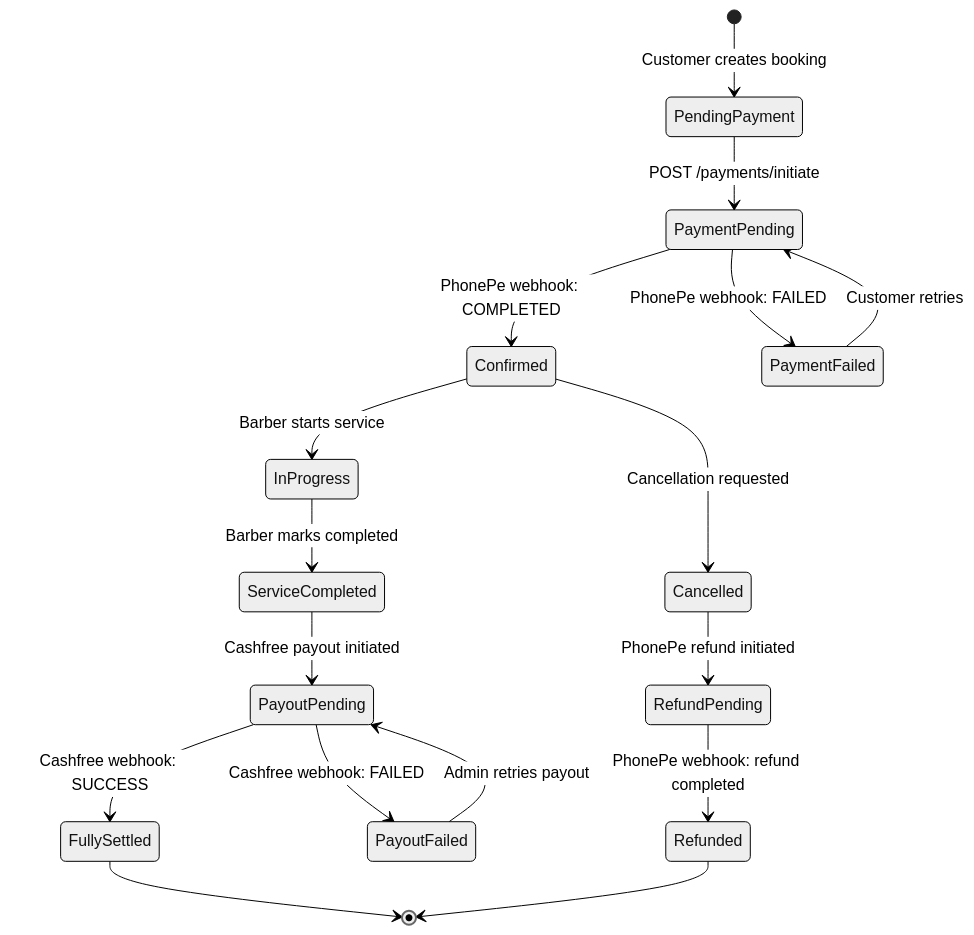
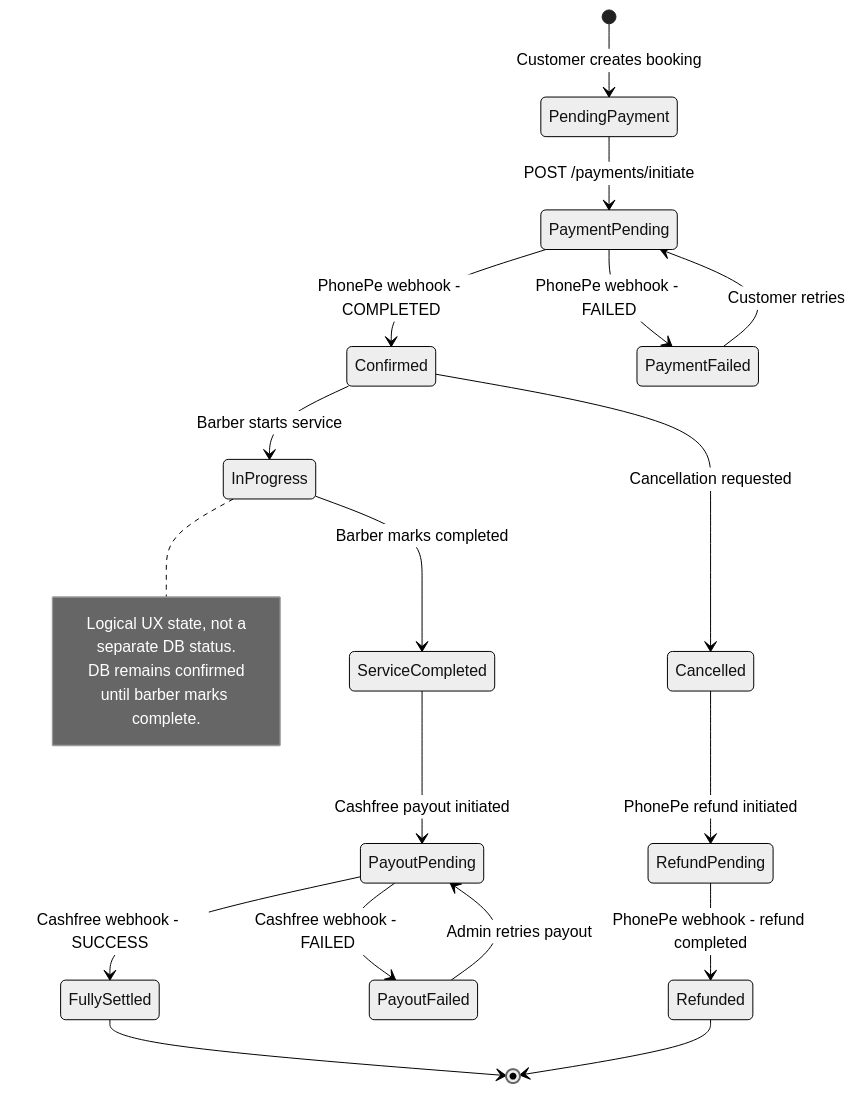
Before and after one commit to evercut-qn/EverCut: the fourth of 4 diagrams in server/docs/features/payments/PAYMENT-GATEWAY-RESEARCH-GUIDE.md, drawn with Mermaid (neutral theme). The commit also changed other lines of this file and 1 other file, not shown here.

First line of the commit message:
docs(payments): refine payment gateway implementation guide with config corrections and clarifications

````diff
--- a/server/docs/features/payments/PAYMENT-GATEWAY-RESEARCH-GUIDE.md
+++ b/server/docs/features/payments/PAYMENT-GATEWAY-RESEARCH-GUIDE.md
@@ -1406,19 +1420,25 @@
 ```mermaid
 stateDiagram-v2
     [*] --> PendingPayment : Customer creates booking
     PendingPayment --> PaymentPending : POST /payments/initiate
-    PaymentPending --> Confirmed : PhonePe webhook: COMPLETED
-    PaymentPending --> PaymentFailed : PhonePe webhook: FAILED
+    PaymentPending --> Confirmed : PhonePe webhook - COMPLETED
+    PaymentPending --> PaymentFailed : PhonePe webhook - FAILED
     PaymentFailed --> PaymentPending : Customer retries
     Confirmed --> InProgress : Barber starts service
+    note right of InProgress
+        Logical UX state, not a
+        separate DB status.
+        DB remains confirmed
+        until barber marks complete.
+    end note
     InProgress --> ServiceCompleted : Barber marks completed
     ServiceCompleted --> PayoutPending : Cashfree payout initiated
-    PayoutPending --> FullySettled : Cashfree webhook: SUCCESS
-    PayoutPending --> PayoutFailed : Cashfree webhook: FAILED
+    PayoutPending --> FullySettled : Cashfree webhook - SUCCESS
+    PayoutPending --> PayoutFailed : Cashfree webhook - FAILED
     PayoutFailed --> PayoutPending : Admin retries payout
     Confirmed --> Cancelled : Cancellation requested
     Cancelled --> RefundPending : PhonePe refund initiated
-    RefundPending --> Refunded : PhonePe webhook: refund completed
+    RefundPending --> Refunded : PhonePe webhook - refund completed
     FullySettled --> [*]
     Refunded --> [*]
 ```
````
